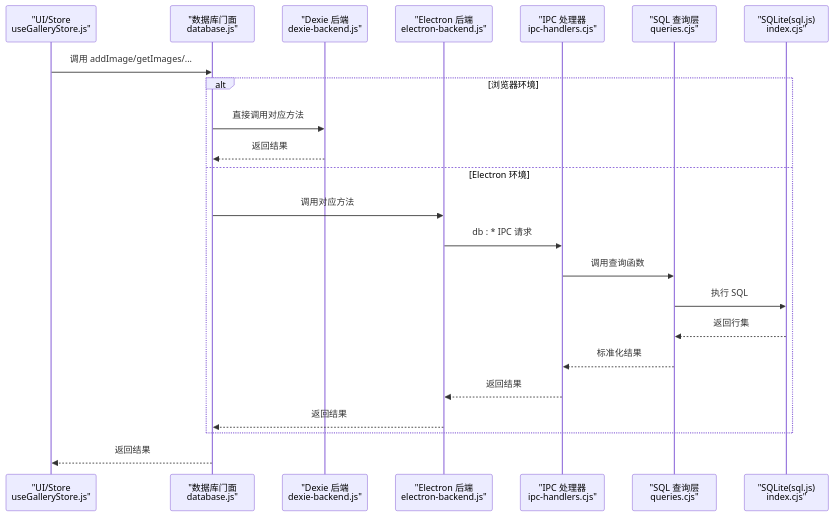
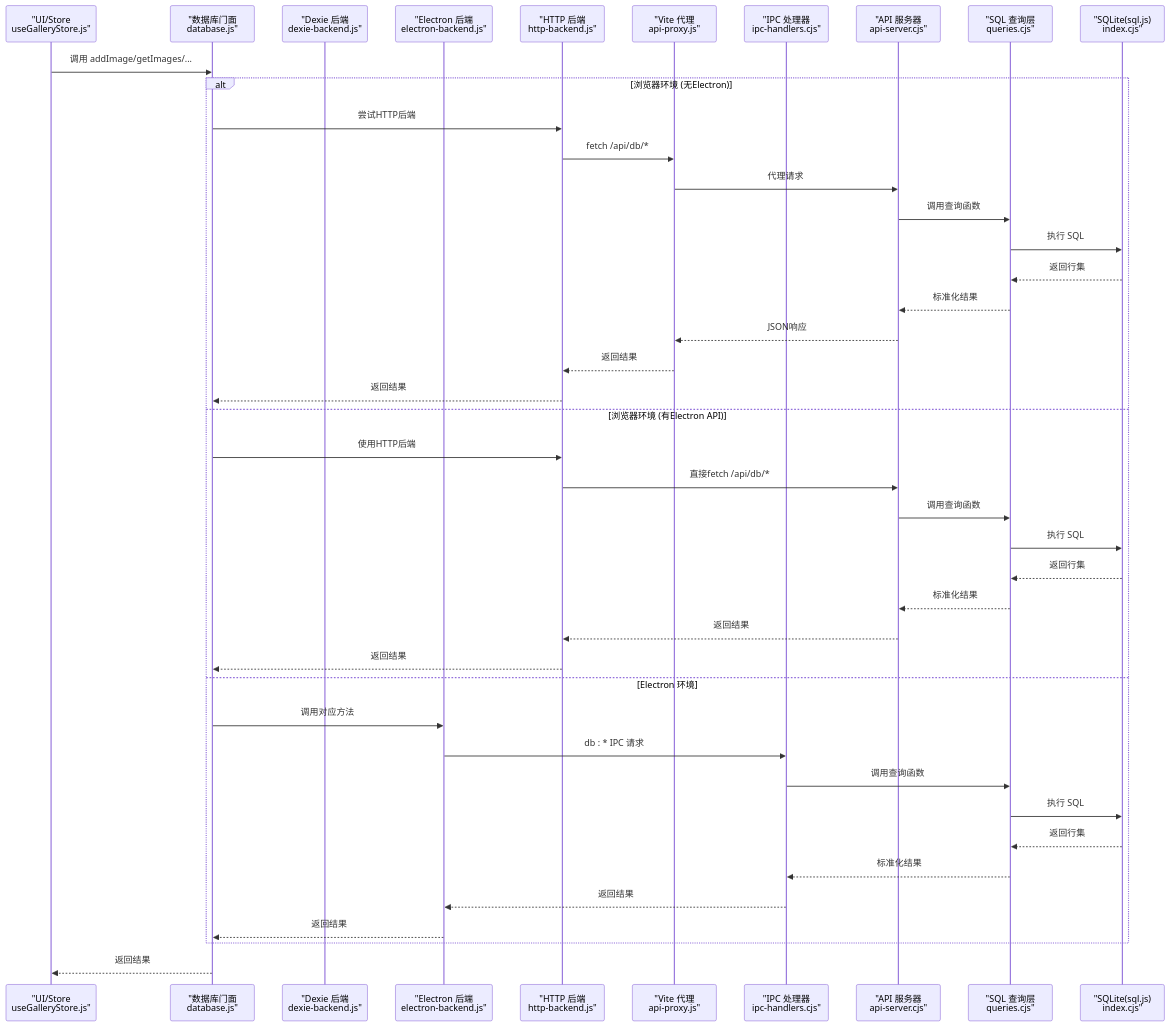
Before and after one commit to AlbusWei/AI-Image-Studio: the second of 8 diagrams in .qoder/repowiki/zh/content/数据库层/策略模式数据库抽象.md, drawn with Mermaid. The commit also changed other lines of this file and 26 other files, not shown here.

First line of the commit message:
fix: 修复 Electron 模式下 Gallery 无法显示图片的 3 个断裂点

````diff
--- a/.qoder/repowiki/zh/content/数据库层/策略模式数据库抽象.md
+++ b/.qoder/repowiki/zh/content/数据库层/策略模式数据库抽象.md
@@ -107,25 +142,45 @@
 ```mermaid
 sequenceDiagram
 participant UI as "UI/Store<br/>useGalleryStore.js"
 participant Facade as "数据库门面<br/>database.js"
 participant Dexie as "Dexie 后端<br/>dexie-backend.js"
 participant EB as "Electron 后端<br/>electron-backend.js"
+participant HB as "HTTP 后端<br/>http-backend.js"
+participant Vite as "Vite 代理<br/>api-proxy.js"
 participant IPC as "IPC 处理器<br/>ipc-handlers.cjs"
+participant AS as "API 服务器<br/>api-server.cjs"
 participant Q as "SQL 查询层<br/>queries.cjs"
 participant DB as "SQLite(sql.js)<br/>index.cjs"
 UI->>Facade : 调用 addImage/getImages/...
-alt 浏览器环境
-Facade->>Dexie : 直接调用对应方法
-Dexie-->>Facade : 返回结果
+alt 浏览器环境 (无Electron)
+Facade->>HB : 尝试HTTP后端
+HB->>Vite : fetch /api/db/*
+Vite->>AS : 代理请求
+AS->>Q : 调用查询函数
+Q->>DB : 执行 SQL
+DB-->>Q : 返回行集
+Q-->>AS : 标准化结果
+AS-->>Vite : JSON响应
+Vite-->>HB : 返回结果
+HB-->>Facade : 返回结果
+else 浏览器环境 (有Electron API)
+Facade->>HB : 使用HTTP后端
+HB->>AS : 直接fetch /api/db/*
+AS->>Q : 调用查询函数
+Q->>DB : 执行 SQL
+DB-->>Q : 返回行集
+Q-->>AS : 标准化结果
+AS-->>HB : 返回结果
+HB-->>Facade : 返回结果
 else Electron 环境
 Facade->>EB : 调用对应方法
 EB->>IPC : db : * IPC 请求
 IPC->>Q : 调用查询函数
 Q->>DB : 执行 SQL
 DB-->>Q : 返回行集
 Q-->>IPC : 标准化结果
 IPC-->>EB : 返回结果
 EB-->>Facade : 返回结果
 end
 Facade-->>UI : 返回结果
 ```
````
